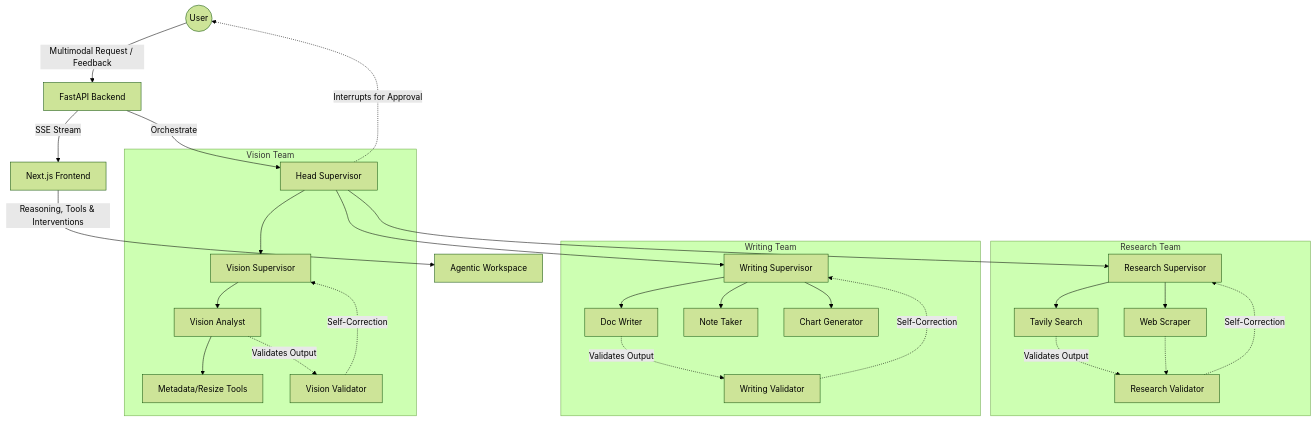
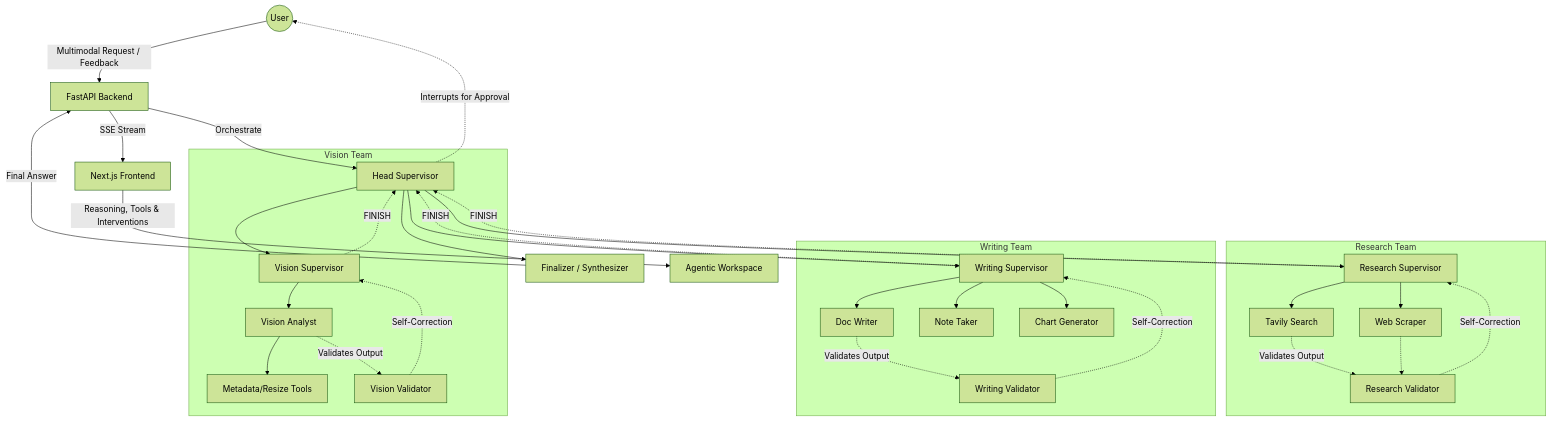
One commit to DONGRYEOLLEE1/orchagent changed the diagram in README.md. Above: the diagram before and after it, drawn with Mermaid (forest theme). The commit also changed 2 other files, not shown here.

Commit message:
docs: finalize stabilization TODO and update architecture diagram

````diff
--- a/README.md
+++ b/README.md
@@ -45,35 +45,42 @@
 ```mermaid
 graph TD
     User((User)) -->|Multimodal Request / Feedback| API[FastAPI Backend]
     API -->|Orchestrate| Head[Head Supervisor]
     Head -.->|Interrupts for Approval| User
+
+    %% Final Synthesis Path
+    Head --> Finalizer[Finalizer / Synthesizer]
+    Finalizer -->|Final Answer| API
 
     subgraph Vision Team
         Head --> VS[Vision Supervisor]
         VS --> VAnalyst[Vision Analyst]
         VAnalyst --> VTools[Metadata/Resize Tools]
         VAnalyst -.->|Validates Output| VValidator[Vision Validator]
         VValidator -.->|Self-Correction| VS
+        VS -.->|FINISH| Head
     end
 
     subgraph Research Team
         Head --> RS[Research Supervisor]
         RS --> Search[Tavily Search]
         RS --> Scraper[Web Scraper]
         Search -.->|Validates Output| RValidator[Research Validator]
         Scraper -.-> RValidator
         RValidator -.->|Self-Correction| RS
+        RS -.->|FINISH| Head
     end
 
     subgraph Writing Team
         Head --> WS[Writing Supervisor]
         WS --> Writer[Doc Writer]
         WS --> Noter[Note Taker]
         WS --> Chart[Chart Generator]
         Writer -.->|Validates Output| WValidator[Writing Validator]
         WValidator -.->|Self-Correction| WS
+        WS -.->|FINISH| Head
     end
 
     API -->|SSE Stream| UI[Next.js Frontend]
     UI -->|Reasoning, Tools & Interventions| Dashboard[Agentic Workspace]
 ```
````
